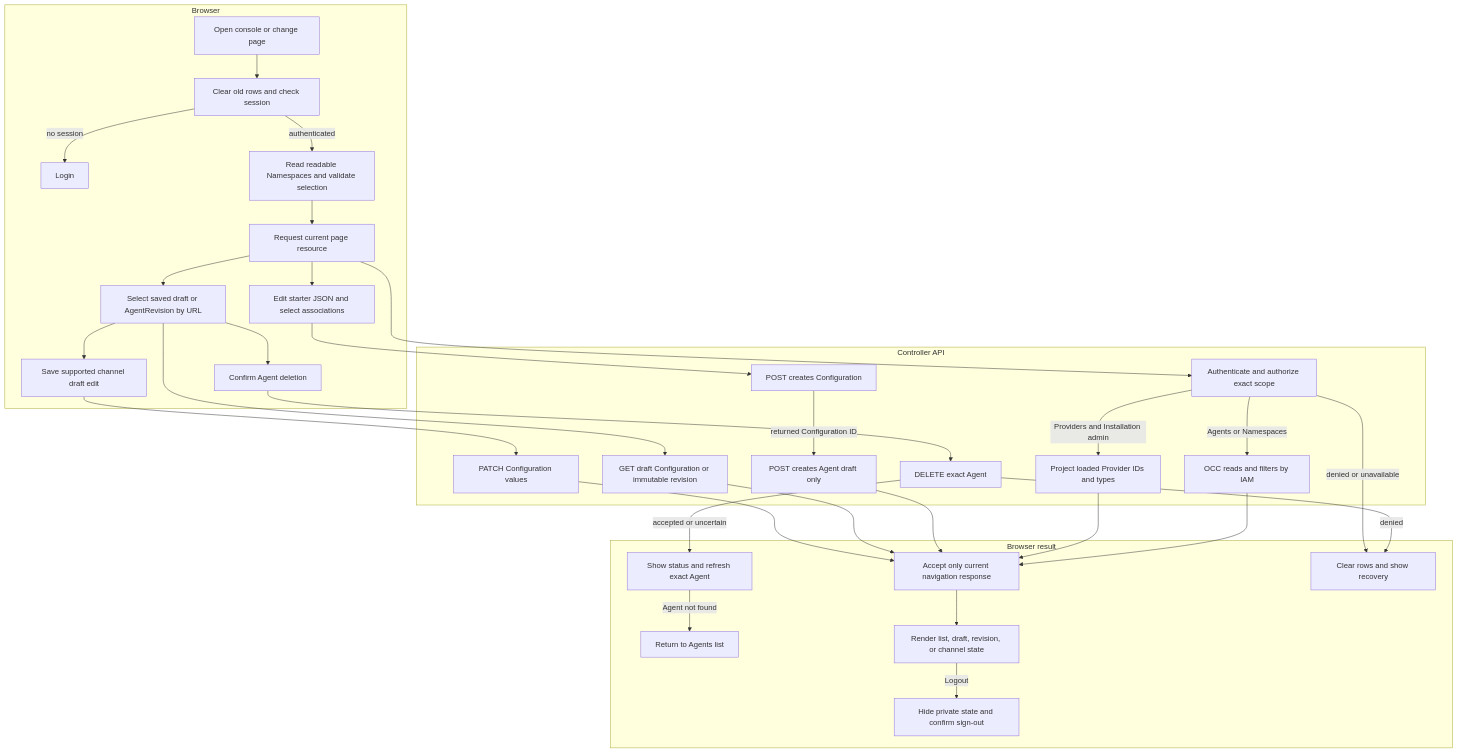
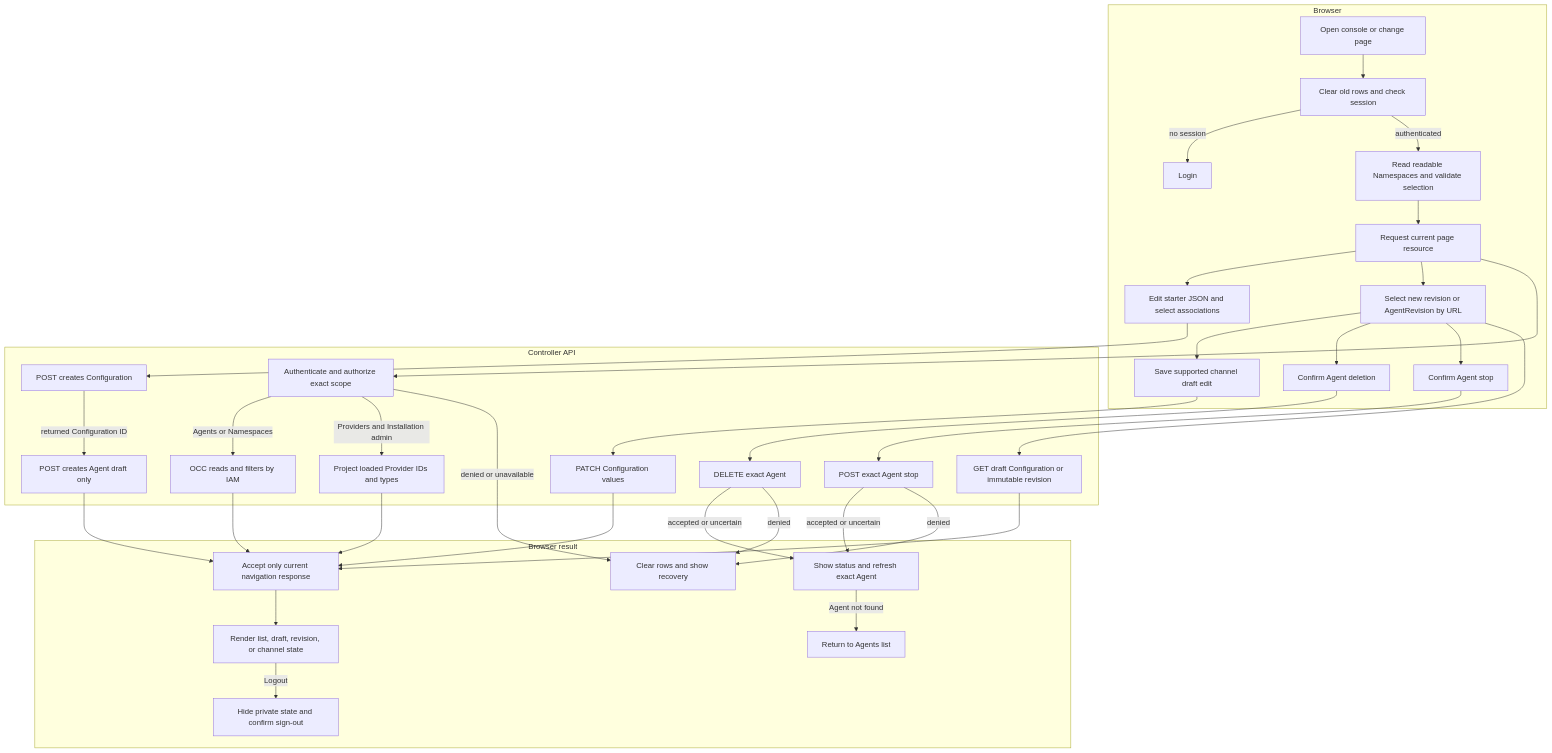
One commit to IsaiahStapleton/openclaw-enterprise changed the diagram in docs/flows/platform-console.md. Above: the diagram before and after it, drawn with Mermaid. The commit also changed other lines of this file and 33 other files, not shown here.

First line of the commit message:
feat(console): add Agent stop control and refine supported UI (#309)

````diff
--- a/docs/flows/platform-console.md
+++ b/docs/flows/platform-console.md
@@ -42,36 +42,40 @@
 ```mermaid
 graph TD
   subgraph Browser["Browser"]
     A["Open console or change page"] --> B["Clear old rows and check session"]
     B -->|no session| C["Login"]
     B -->|authenticated| D["Read readable Namespaces and validate selection"]
     D --> E["Request current page resource"]
     E --> E1["Edit starter JSON and select associations"]
-    E --> E2["Select saved draft or AgentRevision by URL"]
+    E --> E2["Select new revision or AgentRevision by URL"]
     E2 --> E3["Save supported channel draft edit"]
     E2 --> E4["Confirm Agent deletion"]
+    E2 --> E5["Confirm Agent stop"]
   end
   subgraph Controller["Controller API"]
     E --> F["Authenticate and authorize exact scope"]
     F -->|Agents or Namespaces| G["OCC reads and filters by IAM"]
     F -->|Providers and Installation admin| H["Project loaded Provider IDs and types"]
     E1 --> M1["POST creates Configuration"]
     M1 -->|returned Configuration ID| M["POST creates Agent draft only"]
     E2 --> N["GET draft Configuration or immutable revision"]
     E3 --> O["PATCH Configuration values"]
     E4 --> P["DELETE exact Agent"]
+    E5 --> P2["POST exact Agent stop"]
   end
   subgraph Result["Browser result"]
     G --> I["Accept only current navigation response"]
     H --> I
     M --> I
     N --> I
     O --> I
     P -->|accepted or uncertain| Q["Show status and refresh exact Agent"]
+    P2 -->|accepted or uncertain| Q
+    P2 -->|denied| K
     P -->|denied| K
     Q -->|Agent not found| R["Return to Agents list"]
     I --> J["Render list, draft, revision, or channel state"]
     F -->|denied or unavailable| K["Clear rows and show recovery"]
     J -->|Logout| L["Hide private state and confirm sign-out"]
   end
 ```
````
